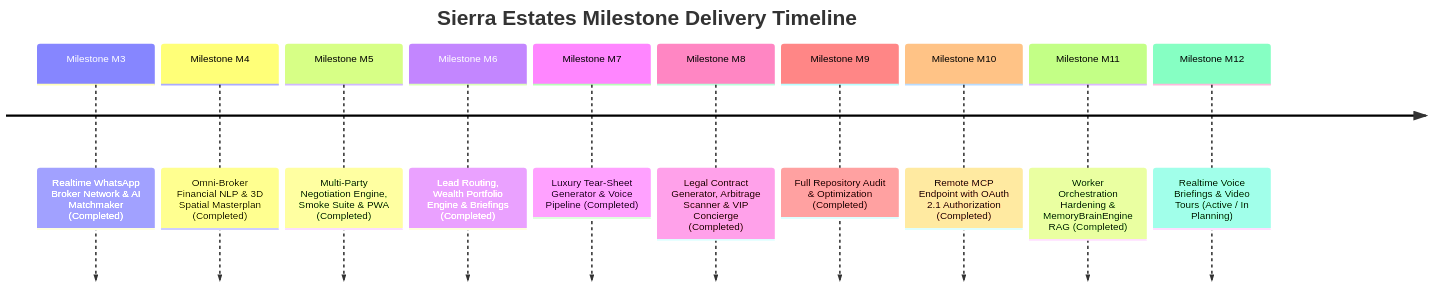
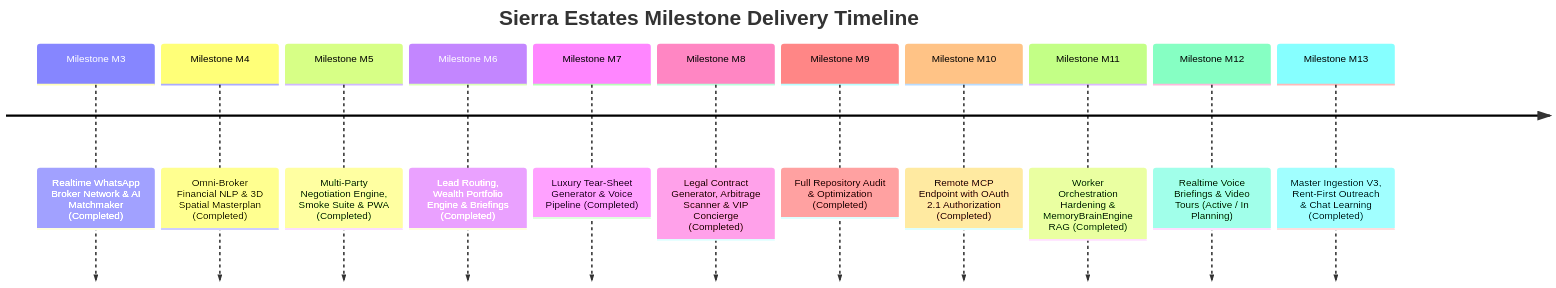
Before and after one commit to afawzy886619888866-cloud/Sierra-Estates: the first of 2 diagrams in docs/MASTER_PROJECT_PLAN.md, drawn with Mermaid. The commit also changed other lines of this file and 321 other files, not shown here.

First line of the commit message:
feat(outreach): phone normalization, silent pre-flight validator & multi-agent architecture

````diff
--- a/docs/MASTER_PROJECT_PLAN.md
+++ b/docs/MASTER_PROJECT_PLAN.md
@@ -24,14 +25,15 @@
 ```mermaid
 timeline
     title Sierra Estates Milestone Delivery Timeline
     Milestone M3 : Realtime WhatsApp Broker Network & AI Matchmaker (Completed)
     Milestone M4 : Omni-Broker Financial NLP & 3D Spatial Masterplan (Completed)
     Milestone M5 : Multi-Party Negotiation Engine, Smoke Suite & PWA (Completed)
     Milestone M6 : Lead Routing, Wealth Portfolio Engine & Briefings (Completed)
     Milestone M7 : Luxury Tear-Sheet Generator & Voice Pipeline (Completed)
     Milestone M8 : Legal Contract Generator, Arbitrage Scanner & VIP Concierge (Completed)
     Milestone M9 : Full Repository Audit & Optimization (Completed)
     Milestone M10 : Remote MCP Endpoint with OAuth 2.1 Authorization (Completed)
     Milestone M11 : Worker Orchestration Hardening & MemoryBrainEngine RAG (Completed)
     Milestone M12 : Realtime Voice Briefings & Video Tours (Active / In Planning)
+    Milestone M13 : Master Ingestion V3, Rent-First Outreach & Chat Learning (Completed)
 ```
````
